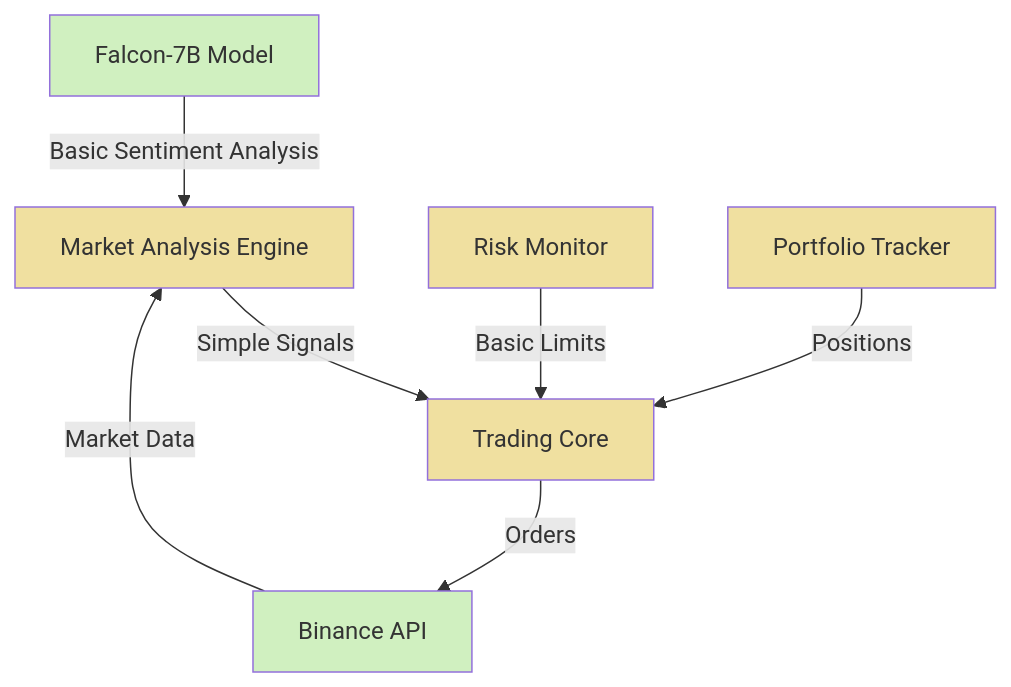
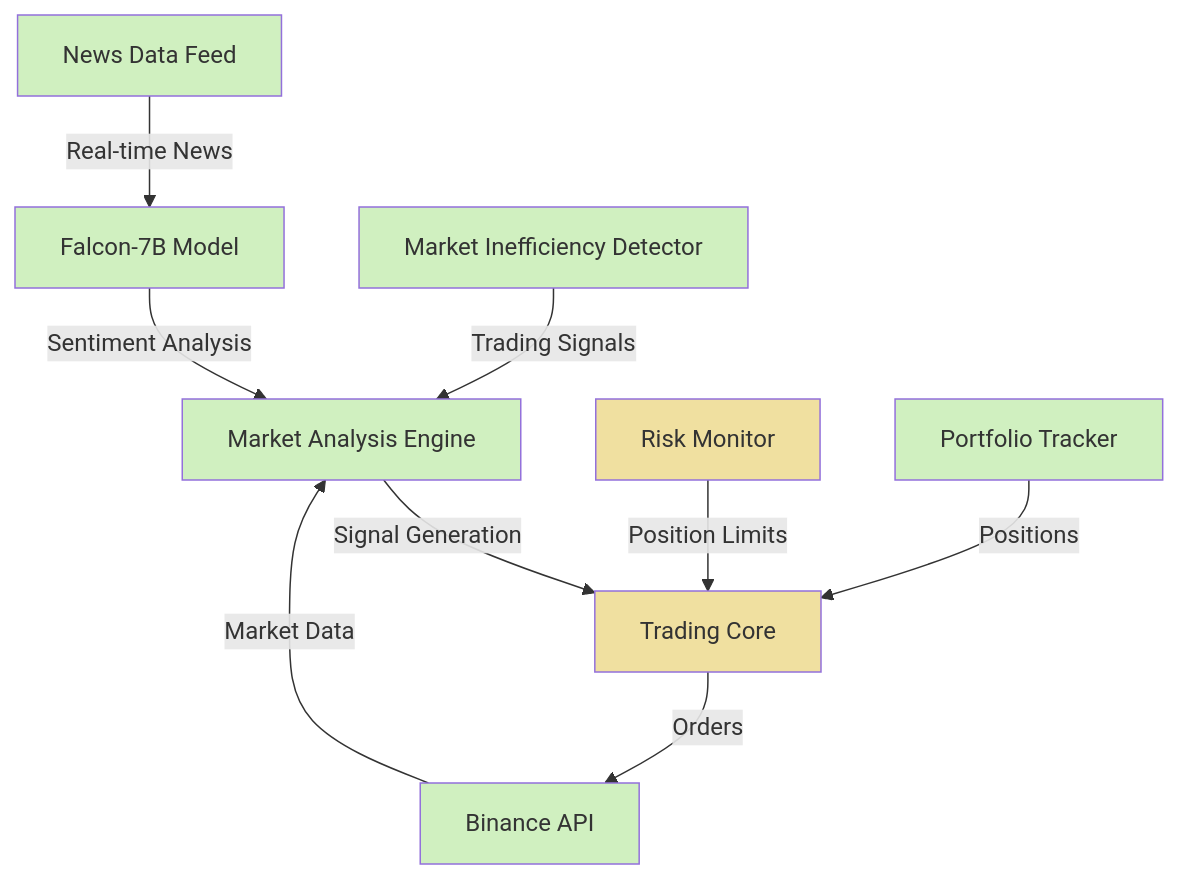
One commit to ashioyajotham/fingpt_trader changed the diagram in README.md. Above: the diagram before and after it, drawn with Mermaid. The commit also changed other lines of this file and 1 other file, not shown here.

````diff
--- a/README.md
+++ b/README.md
@@ -81,20 +91,24 @@
 ```mermaid
 graph TD
-    A[Falcon-7B Model] -->|Basic Sentiment Analysis| B[Market Analysis Engine]
-    B -->|Simple Signals| C[Trading Core]
+    A[Falcon-7B Model] -->|Sentiment Analysis| B[Market Analysis Engine]
+    B -->|Signal Generation| C[Trading Core]
     D[Binance API] -->|Market Data| B
     C -->|Orders| D
-    E[Risk Monitor] -->|Basic Limits| C
+    E[Risk Monitor] -->|Position Limits| C
     F[Portfolio Tracker] -->|Positions| C
+    G[Market Inefficiency Detector] -->|Trading Signals| B
+    H[News Data Feed] -->|Real-time News| A
     
     style A fill:#d0f0c0
-    style B fill:#f0e0a0
+    style B fill:#d0f0c0
     style C fill:#f0e0a0
     style D fill:#d0f0c0
     style E fill:#f0e0a0
-    style F fill:#f0e0a0
+    style F fill:#d0f0c0
+    style G fill:#d0f0c0
+    style H fill:#d0f0c0
     
     classDef implemented fill:#d0f0c0;
     classDef partial fill:#f0e0a0;
     classDef planned fill:#f0d0d0;
 ```
````
